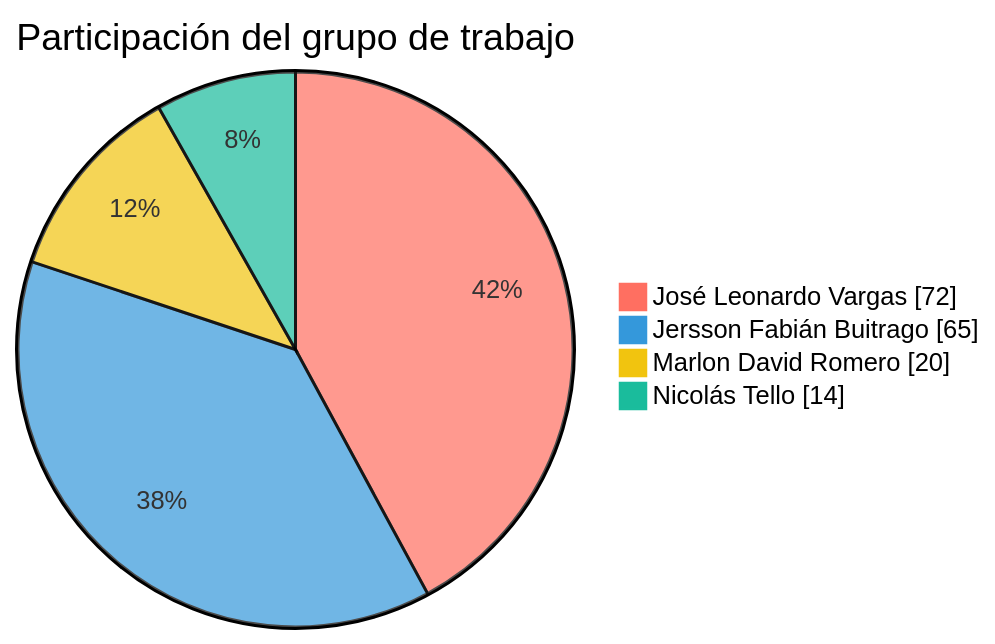
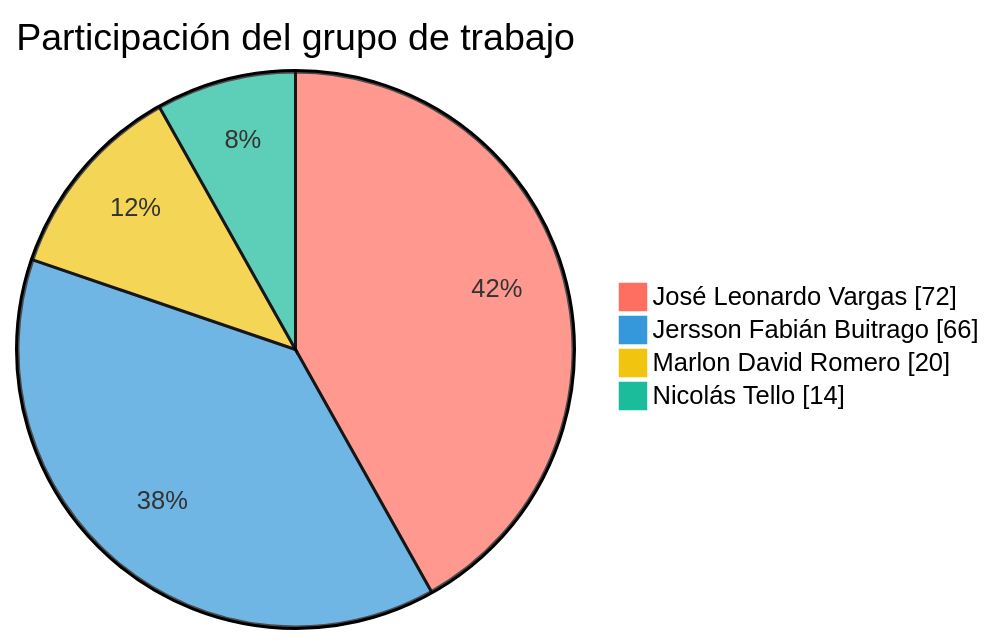
One commit to FarmaExpres/FarmaExpres changed the first of 2 diagrams in README.md. Above: the diagram before and after it, drawn with Mermaid. The commit also changed other lines of this file and 1 other file, not shown here.

````diff
--- a/README.md
+++ b/README.md
@@ -314,9 +314,9 @@
 ```mermaid
 %%{init: {"themeVariables": {"pie1": "#ff6f61", "pie2": "#3498db", "pie3": "#f1c40f", "pie4": "#1abc9c"}}}%%
 pie showData
     title Participación del grupo de trabajo
     "José Leonardo Vargas" : 72
-    "Jersson Fabián Buitrago" : 65
+    "Jersson Fabián Buitrago" : 66
     "Marlon David Romero" : 20
     "Nicolás Tello" : 14
 ```
````
